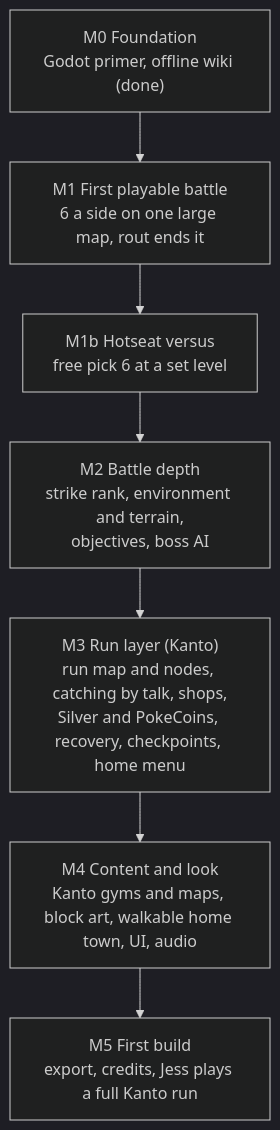
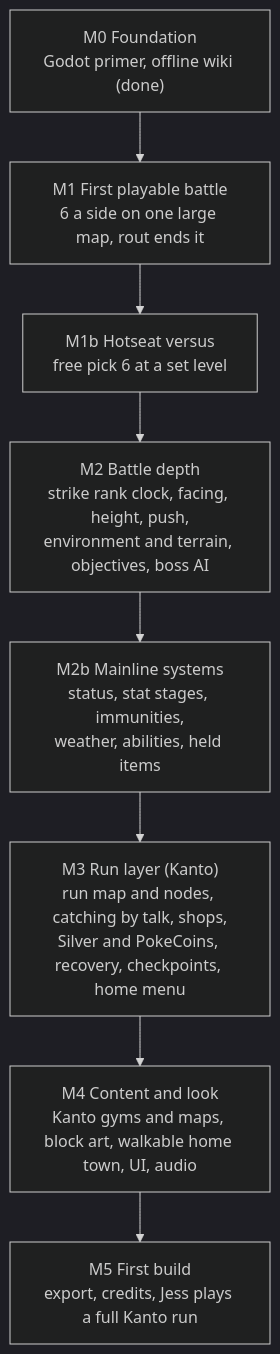
One commit to Jess-Rivera/poketactics changed the first of 3 diagrams in docs/discussion-outputs/development-plan.md. Above: the diagram before and after it, drawn with Mermaid (dark theme). The commit also changed other lines of this file and 25 other files, not shown here.

Commit message:
Battle mechanics sub-grilling (#14): battle-design.md, 12 rulings (strike rank clock, movement and act cost, facing, height and sight, push, environment, terrain bonus, objectives, boss AI, schema adaptation, M2b); CLAUDE.md engine line and AI exception; issues #17 to #24

````diff
--- a/docs/discussion-outputs/development-plan.md
+++ b/docs/discussion-outputs/development-plan.md
@@ -8,10 +8,11 @@
 ```mermaid
 flowchart TD
     M0["M0 Foundation<br/>Godot primer, offline wiki (done)"] --> M1
     M1["M1 First playable battle<br/>6 a side on one large map, rout ends it"] --> M1b
     M1b["M1b Hotseat versus<br/>free pick 6 at a set level"] --> M2
-    M2["M2 Battle depth<br/>strike rank, environment and terrain,<br/>objectives, boss AI"] --> M3
+    M2["M2 Battle depth<br/>strike rank clock, facing, height, push,<br/>environment and terrain, objectives, boss AI"] --> M2b
+    M2b["M2b Mainline systems<br/>status, stat stages, immunities,<br/>weather, abilities, held items"] --> M3
     M3["M3 Run layer (Kanto)<br/>run map and nodes, catching by talk, shops,<br/>Silver and PokeCoins, recovery, checkpoints, home menu"] --> M4
     M4["M4 Content and look<br/>Kanto gyms and maps, block art, walkable home town, UI, audio"] --> M5
     M5["M5 First build<br/>export, credits, Jess plays a full Kanto run"]
 ```
````
